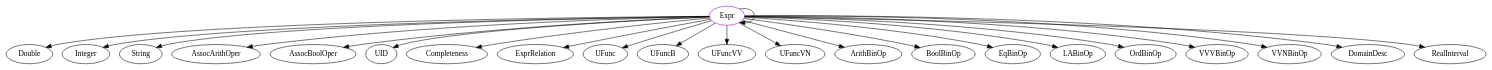
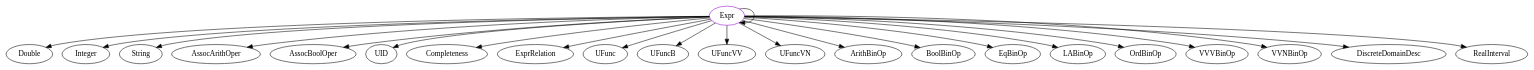
Before and after one commit to JacquesCarette/Drasil: the diagram in analysis/TypeDependencyGraphs/lang/Expr.dot, drawn with Graphviz. The commit also changed 710 other files, not shown here.

```diff
--- a/analysis/TypeDependencyGraphs/lang/Expr.dot
+++ b/analysis/TypeDependencyGraphs/lang/Expr.dot
@@ -1,25 +1,25 @@
 digraph expr{
 Expr	[shape=oval, color=darkviolet, label="Expr"];
 Expr -> Double;
 Expr -> Expr;
 Expr -> Integer;
 Expr -> String;
 Expr -> AssocArithOper;
 Expr -> AssocBoolOper;
 Expr -> UID;
 Expr -> Completeness;
 Expr -> ExprRelation;
 Expr -> UFunc;
 Expr -> UFuncB;
 Expr -> UFuncVV;
 Expr -> UFuncVN;
 Expr -> ArithBinOp;
 Expr -> BoolBinOp;
 Expr -> EqBinOp;
 Expr -> LABinOp;
 Expr -> OrdBinOp;
 Expr -> VVVBinOp;
 Expr -> VVNBinOp;
-Expr -> DomainDesc;
+Expr -> DiscreteDomainDesc;
 Expr -> RealInterval;
 }
```
